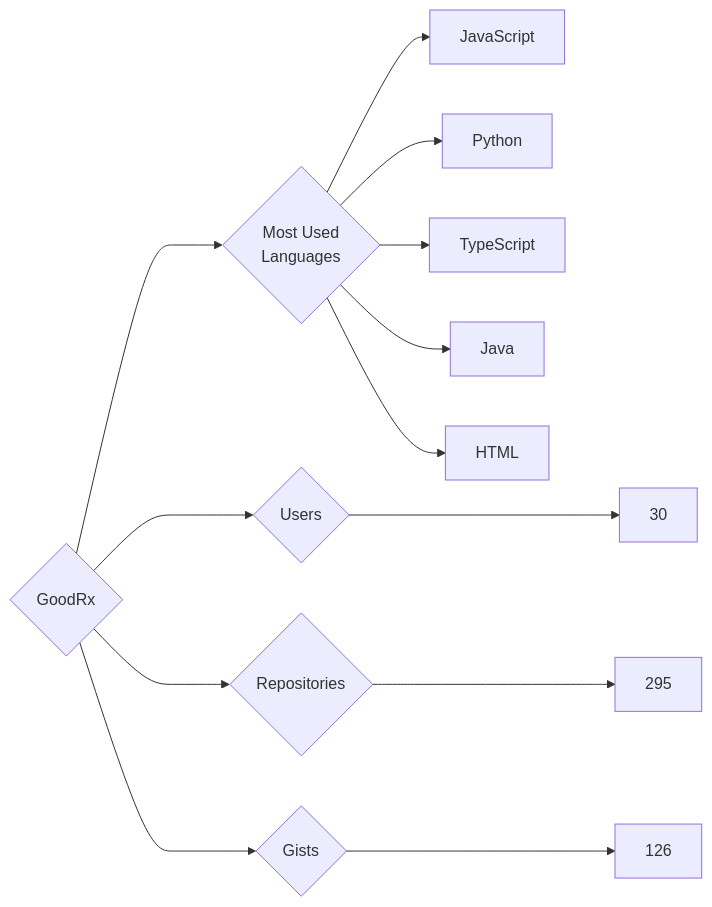
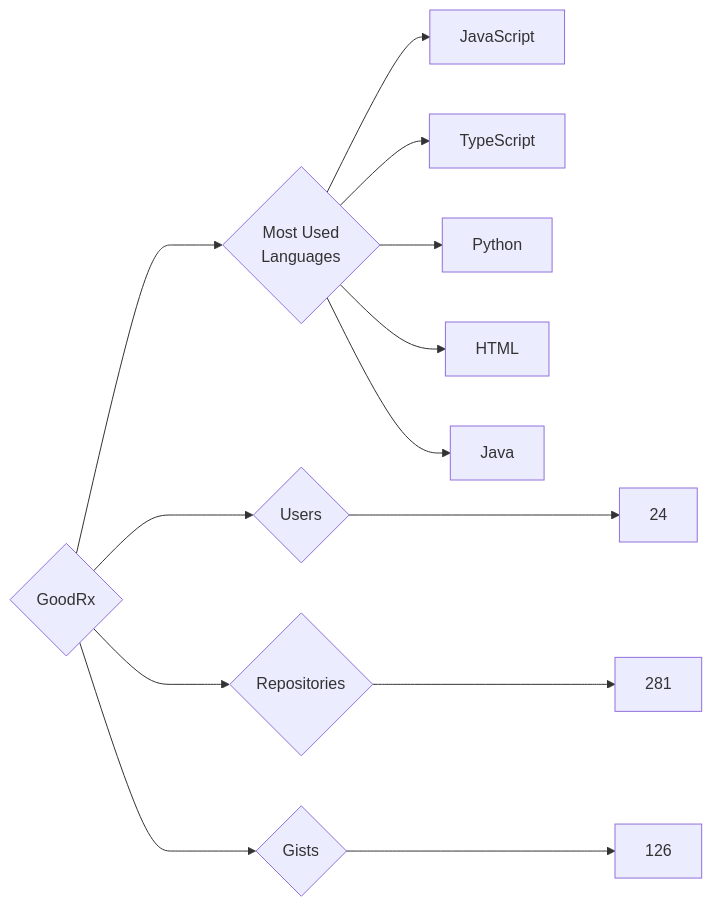
The diagram in targets/GoodRx/README.md (trickest/insiders), drawn with Mermaid before and after one commit. The commit also changed 944 other files, not shown here.

````diff
--- a/targets/GoodRx/README.md
+++ b/targets/GoodRx/README.md
@@ -3,13 +3,13 @@
 ```mermaid
 graph LR
 COMPANY_NAME{GoodRx}
-COMPANY_NAME ---> U{Users} ---> UN[30]
-COMPANY_NAME ---> R{Repositories} ---> RN[295]
+COMPANY_NAME ---> U{Users} ---> UN[24]
+COMPANY_NAME ---> R{Repositories} ---> RN[281]
 COMPANY_NAME ---> G{Gists} ---> GN[126]
 COMPANY_NAME ---> ML{Most Used<br>Languages}
 ML --> JavaScript[JavaScript]
+ML --> TypeScript[TypeScript]
 ML --> Python[Python]
-ML --> TypeScript[TypeScript]
+ML --> HTML[HTML]
 ML --> Java[Java]
-ML --> HTML[HTML]
 ```
````
